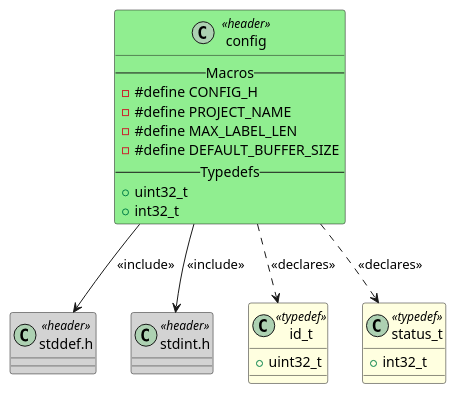
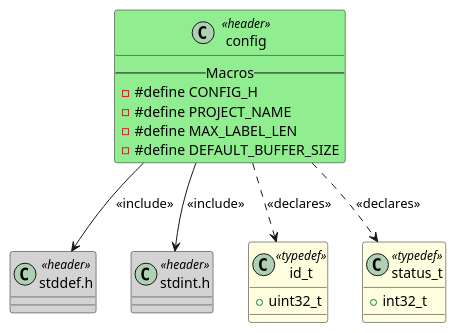
One commit to fischerjooo/c2puml changed the diagram in output/config.puml. Above: the diagram before and after it, drawn with PlantUML. The commit also changed 17 other files, not shown here.

Commit message:
Remove typedef sections from header and source class PlantUML generation

```diff
--- a/output/config.puml
+++ b/output/config.puml
@@ -1,38 +1,35 @@
 @startuml config
 
 class "config" as HEADER_CONFIG <<header>> #LightGreen
 {
     -- Macros --
     - #define CONFIG_H
     - #define PROJECT_NAME
     - #define MAX_LABEL_LEN
     - #define DEFAULT_BUFFER_SIZE
-    -- Typedefs --
-    + uint32_t
-    + int32_t
 }
 
 class "stddef.h" as HEADER_STDDEF <<header>> #LightGray
 {
 }
 
 class "stdint.h" as HEADER_STDINT <<header>> #LightGray
 {
 }
 
 class "id_t" as TYPEDEF_id_t <<typedef>> #LightYellow
 {
     + uint32_t
 }
 
 class "status_t" as TYPEDEF_status_t <<typedef>> #LightYellow
 {
     + int32_t
 }
 
 HEADER_CONFIG --> HEADER_STDDEF : <<include>>
 HEADER_CONFIG --> HEADER_STDINT : <<include>>
 HEADER_CONFIG ..> TYPEDEF_id_t : <<declares>>
 HEADER_CONFIG ..> TYPEDEF_status_t : <<declares>>
 
 @enduml
```
